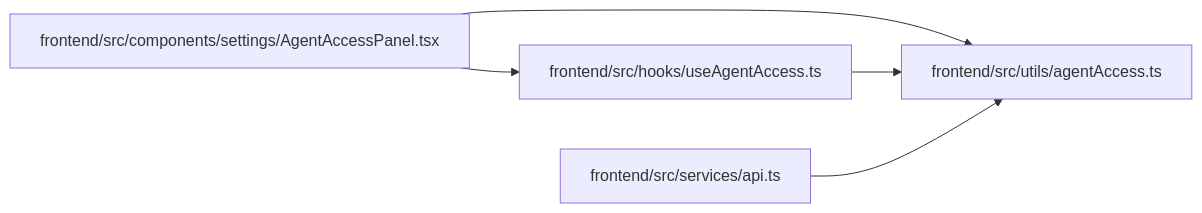
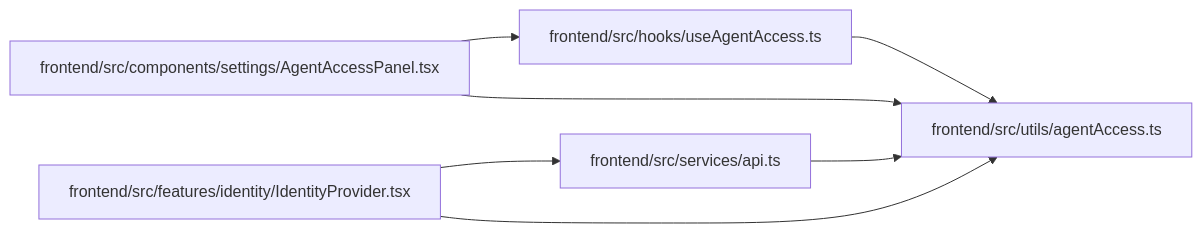
One commit to Denissvgn/WorkChord changed the diagram in docs/llm_wiki/modules/agentAccess.md. Above: the diagram before and after it, drawn with Mermaid. The commit also changed other lines of this file and 958 other files, not shown here.

First line of the commit message:
docs(wiki): refresh identity and recovery architecture

````diff
--- a/docs/llm_wiki/modules/agentAccess.md
+++ b/docs/llm_wiki/modules/agentAccess.md
@@ -19,15 +19,19 @@
 ```mermaid
 flowchart LR
     n0["frontend/src/components/settings/AgentAccessPanel.tsx"]
-    n1["frontend/src/hooks/useAgentAccess.ts"]
-    n2["frontend/src/services/api.ts"]
-    n3["frontend/src/utils/agentAccess.ts"]
-    n0 --> n1
-    n0 --> n3
+    n1["frontend/src/features/identity/IdentityProvider.tsx"]
+    n2["frontend/src/hooks/useAgentAccess.ts"]
+    n3["frontend/src/services/api.ts"]
+    n4["frontend/src/utils/agentAccess.ts"]
+    n0 --> n2
+    n0 --> n4
     n1 --> n3
-    n2 --> n3
+    n1 --> n4
+    n2 --> n4
+    n3 --> n4
     click n0 "../modules/AgentAccessPanel.md"
-    click n1 "../modules/useAgentAccess.md"
-    click n2 "../modules/api.md"
-    click n3 "../modules/agentAccess.md"
+    click n1 "../modules/IdentityProvider.md"
+    click n2 "../modules/useAgentAccess.md"
+    click n3 "../modules/api.md"
+    click n4 "../modules/agentAccess.md"
 ```
````
